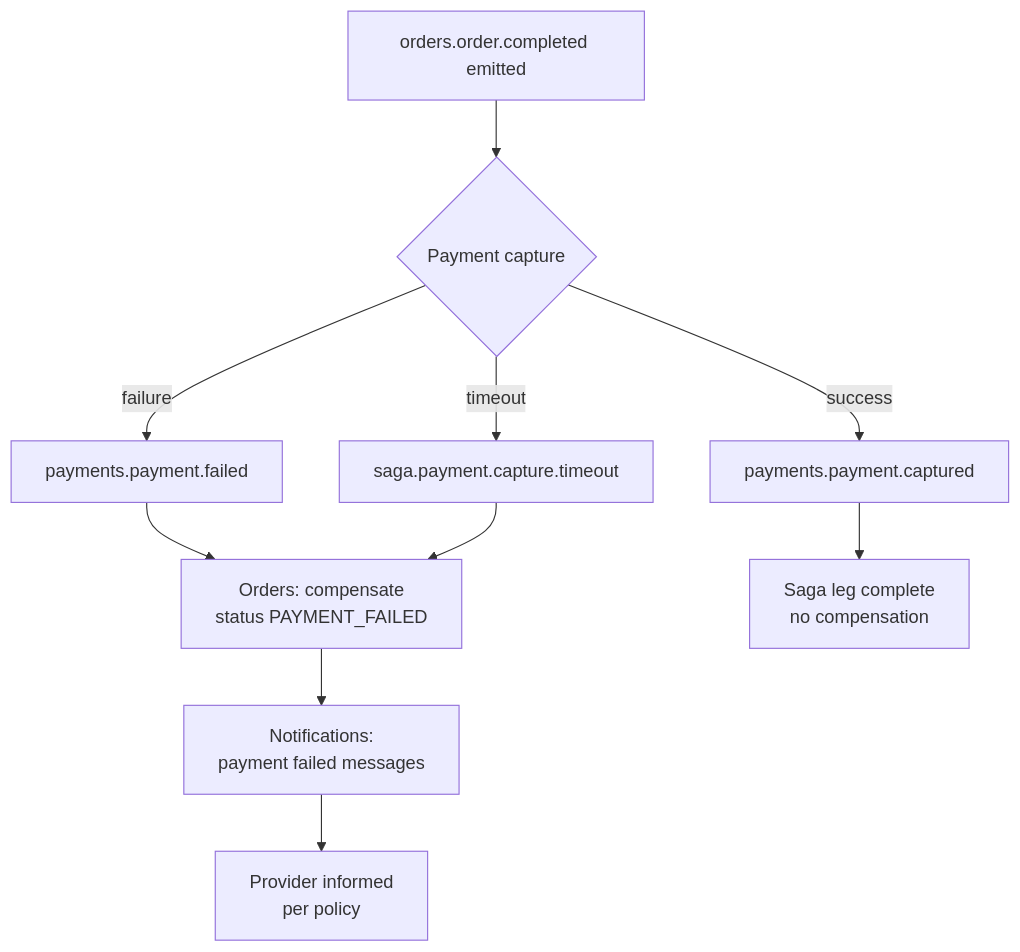
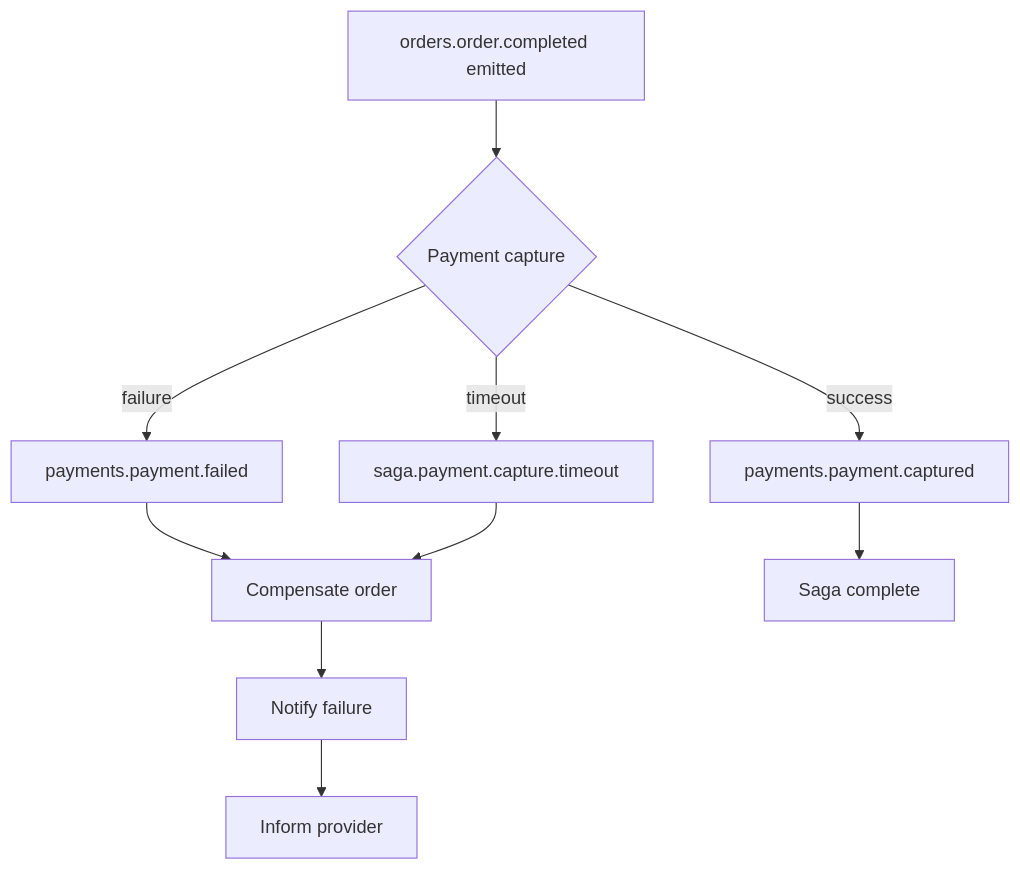
The fifth of 6 diagrams in 02-architecture-and-api/06-saga-patterns.md (rishikeshdhokare/platform-manifesto), drawn with Mermaid before and after one commit. The commit also changed other lines of this file and 12 other files, not shown here.

First line of the commit message:
fix: refactor Mermaid diagrams for compliance (#135)

````diff
--- a/02-architecture-and-api/06-saga-patterns.md
+++ b/02-architecture-and-api/06-saga-patterns.md
@@ -174,13 +174,13 @@
 ```mermaid
 flowchart TD
     A[orders.order.completed emitted] --> B{Payment capture}
     B -->|success| C[payments.payment.captured]
     B -->|failure| D[payments.payment.failed]
-    D --> E[Orders: compensate<br/>status PAYMENT_FAILED]
-    E --> F[Notifications:<br/>payment failed messages]
-    F --> G[Provider informed<br/>per policy]
-    C --> H[Saga leg complete<br/>no compensation]
+    D --> E[Compensate order]
+    E --> F[Notify failure]
+    F --> G[Inform provider]
+    C --> H[Saga complete]
 
     B -->|timeout| T[saga.payment.capture.timeout]
     T --> E
 ```
````
